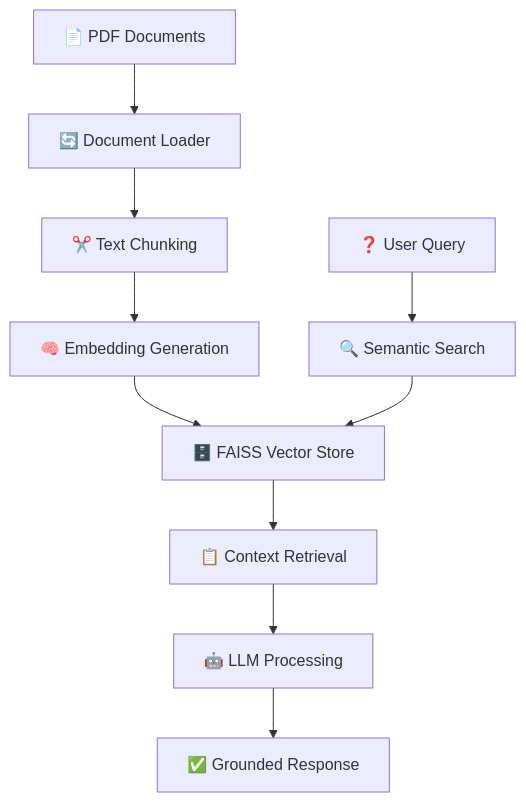
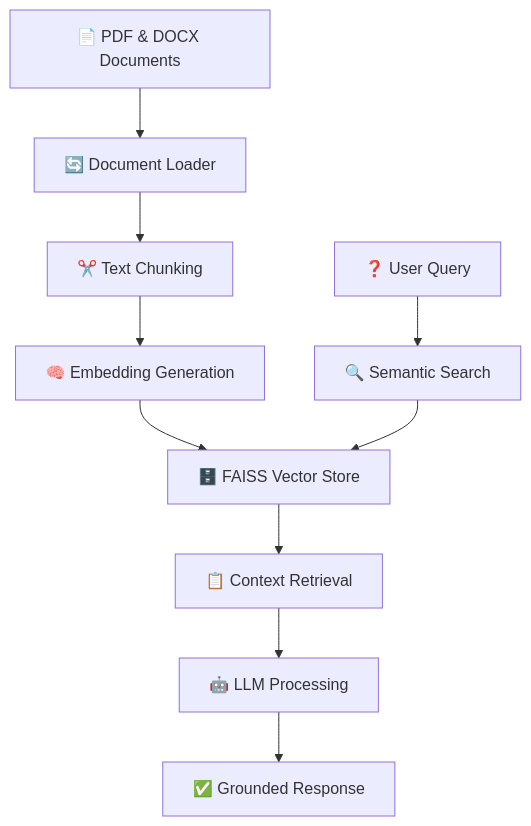
Before and after one commit to CY-N4P5E/Inquiro: the diagram in README.md, drawn with Mermaid. The commit also changed other lines of this file and 3 other files, not shown here.

````diff
--- a/README.md
+++ b/README.md
@@ -46,13 +46,13 @@
 ```mermaid
 graph TD
-    A[📄 PDF Documents] --> B[🔄 Document Loader]
+    A[📄 PDF & DOCX Documents] --> B[🔄 Document Loader]
     B --> C[✂️ Text Chunking]
     C --> D[🧠 Embedding Generation]
     D --> E[🗄️ FAISS Vector Store]
     
     F[❓ User Query] --> G[🔍 Semantic Search]
     G --> E
     E --> H[📋 Context Retrieval]
     H --> I[🤖 LLM Processing]
     I --> J[✅ Grounded Response]
 ```
````
